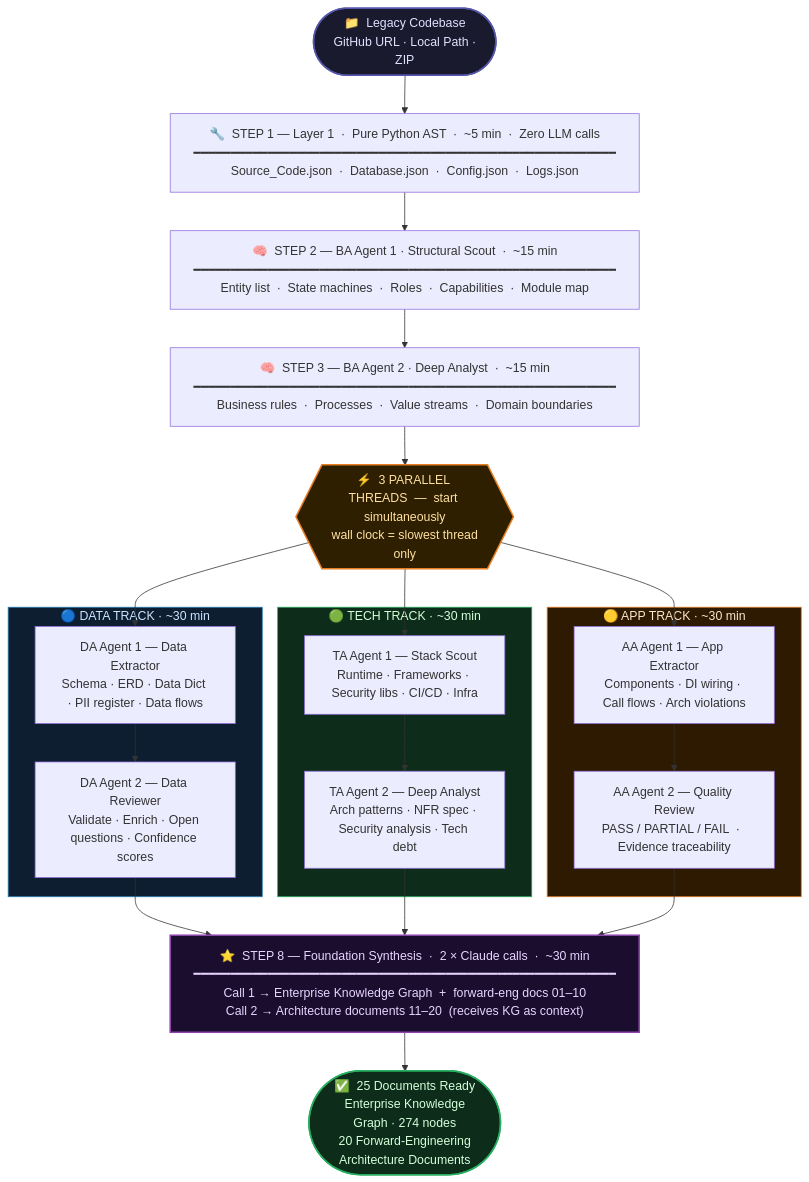
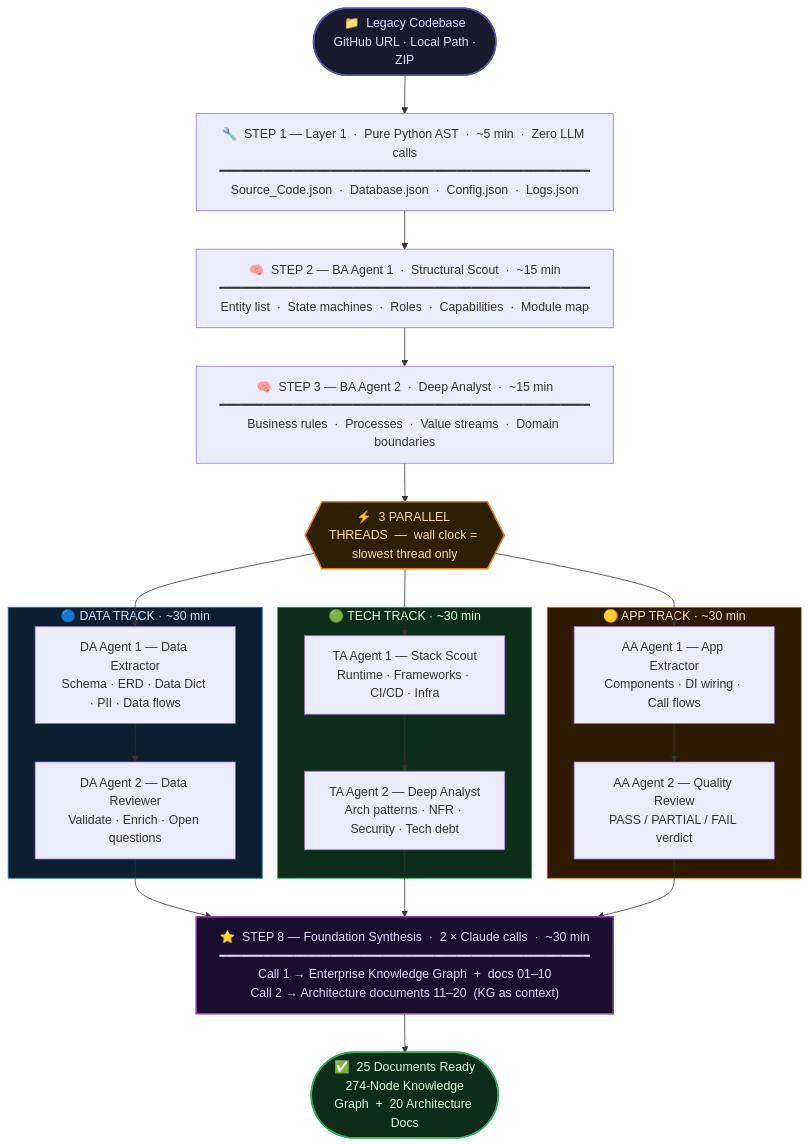
One commit to jayaprakash2207/standard---eShopOnWeb-ForwardEngineering changed the first of 3 diagrams in README.md. Above: the diagram before and after it, drawn with Mermaid. The commit also changed other lines of this file, not shown here.

Commit message:
Redesign README with professional visuals: animated header, badges, charts, skill icons

````diff
--- a/README.md
+++ b/README.md
@@ -66,57 +69,51 @@
 ```mermaid
 flowchart TD
     INPUT([" 📁  Legacy Codebase\n GitHub URL · Local Path · ZIP "])
-
     INPUT --> L1
 
-    L1["🔧  STEP 1 — Layer 1  ·  Pure Python AST  ·  ~5 min  ·  Zero LLM calls\n━━━━━━━━━━━━━━━━━━━━━━━━━━━━━━━━━━━━━━━━━━━━━━━━━━━━━━━━━\nSource_Code.json  ·  Database.json  ·  Config.json  ·  Logs.json"]
-
+    L1["🔧  STEP 1 — Layer 1  ·  Pure Python AST  ·  ~5 min  ·  Zero LLM calls\n━━━━━━━━━━━━━━━━━━━━━━━━━━━━━━━━━━━━━━━━━━━━━━━━━━\nSource_Code.json  ·  Database.json  ·  Config.json  ·  Logs.json"]
     L1 --> BA1
 
-    BA1["🧠  STEP 2 — BA Agent 1 · Structural Scout  ·  ~15 min\n━━━━━━━━━━━━━━━━━━━━━━━━━━━━━━━━━━━━━━━━━━━━━━━━━━━━━━━━━\nEntity list  ·  State machines  ·  Roles  ·  Capabilities  ·  Module map"]
-
+    BA1["🧠  STEP 2 — BA Agent 1  ·  Structural Scout  ·  ~15 min\n━━━━━━━━━━━━━━━━━━━━━━━━━━━━━━━━━━━━━━━━━━━━━━━━━━\nEntity list  ·  State machines  ·  Roles  ·  Capabilities  ·  Module map"]
     BA1 --> BA2
 
-    BA2["🧠  STEP 3 — BA Agent 2 · Deep Analyst  ·  ~15 min\n━━━━━━━━━━━━━━━━━━━━━━━━━━━━━━━━━━━━━━━━━━━━━━━━━━━━━━━━━\nBusiness rules  ·  Processes  ·  Value streams  ·  Domain boundaries"]
-
+    BA2["🧠  STEP 3 — BA Agent 2  ·  Deep Analyst  ·  ~15 min\n━━━━━━━━━━━━━━━━━━━━━━━━━━━━━━━━━━━━━━━━━━━━━━━━━━\nBusiness rules  ·  Processes  ·  Value streams  ·  Domain boundaries"]
     BA2 --> SPLIT
 
-    SPLIT{{"⚡  3 PARALLEL THREADS  —  start simultaneously\n wall clock = slowest thread only"}}
-
+    SPLIT{{"⚡  3 PARALLEL THREADS  —  wall clock = slowest thread only"}}
     SPLIT --> DA1
     SPLIT --> TA1
     SPLIT --> AA1
 
     subgraph DATATRACK ["🔵  DATA TRACK  ·  ~30 min"]
-        DA1["DA Agent 1 — Data Extractor\nSchema · ERD · Data Dict · PII register · Data flows"]
-        DA1 --> DA2["DA Agent 2 — Data Reviewer\nValidate · Enrich · Open questions · Confidence scores"]
+        DA1["DA Agent 1 — Data Extractor\nSchema · ERD · Data Dict · PII · Data flows"]
+        DA1 --> DA2["DA Agent 2 — Data Reviewer\nValidate · Enrich · Open questions"]
     end
 
     subgraph TECHTRACK ["🟢  TECH TRACK  ·  ~30 min"]
-        TA1["TA Agent 1 — Stack Scout\nRuntime · Frameworks · Security libs · CI/CD · Infra"]
-        TA1 --> TA2["TA Agent 2 — Deep Analyst\nArch patterns · NFR spec · Security analysis · Tech debt"]
+        TA1["TA Agent 1 — Stack Scout\nRuntime · Frameworks · CI/CD · Infra"]
+        TA1 --> TA2["TA Agent 2 — Deep Analyst\nArch patterns · NFR · Security · Tech debt"]
     end
 
     subgraph APPTRACK ["🟡  APP TRACK  ·  ~30 min"]
-        AA1["AA Agent 1 — App Extractor\nComponents · DI wiring · Call flows · Arch violations"]
-        AA1 --> AA2["AA Agent 2 — Quality Review\nPASS / PARTIAL / FAIL  ·  Evidence traceability"]
+        AA1["AA Agent 1 — App Extractor\nComponents · DI wiring · Call flows"]
+        AA1 --> AA2["AA Agent 2 — Quality Review\nPASS / PARTIAL / FAIL verdict"]
     end
 
     DA2 --> FOUND
     TA2 --> FOUND
     AA2 --> FOUND
 
-    FOUND["⭐  STEP 8 — Foundation Synthesis  ·  2 × Claude calls  ·  ~30 min\n━━━━━━━━━━━━━━━━━━━━━━━━━━━━━━━━━━━━━━━━━━━━━━━━━━━━━━━━━\nCall 1 → Enterprise Knowledge Graph  +  forward-eng docs 01–10\nCall 2 → Architecture documents 11–20  (receives KG as context)"]
-
+    FOUND["⭐  STEP 8 — Foundation Synthesis  ·  2 × Claude calls  ·  ~30 min\n━━━━━━━━━━━━━━━━━━━━━━━━━━━━━━━━━━━━━━━━━━━━━━━━━━\nCall 1 → Enterprise Knowledge Graph  +  docs 01–10\nCall 2 → Architecture documents 11–20  (KG as context)"]
     FOUND --> OUTPUT
 
-    OUTPUT([" ✅  25 Documents Ready\n Enterprise Knowledge Graph · 274 nodes\n 20 Forward-Engineering Architecture Documents "])
+    OUTPUT([" ✅  25 Documents Ready\n 274-Node Knowledge Graph  +  20 Architecture Docs "])
 
     style INPUT   fill:#1a1a2e,color:#e0e0ff,stroke:#5555aa,stroke-width:2px
     style OUTPUT  fill:#0d2d1a,color:#d4ffda,stroke:#27ae60,stroke-width:2px
     style SPLIT   fill:#2d1f00,color:#ffe0a0,stroke:#e67e22,stroke-width:2px
     style FOUND   fill:#1a0d2d,color:#e8d4ff,stroke:#8e44ad,stroke-width:2px
     style DATATRACK fill:#0d1e30,color:#cce5ff,stroke:#2980b9
     style TECHTRACK fill:#0d2d1a,color:#d4ffda,stroke:#27ae60
     style APPTRACK  fill:#2d1a00,color:#ffe5cc,stroke:#e67e22
 ```
````
